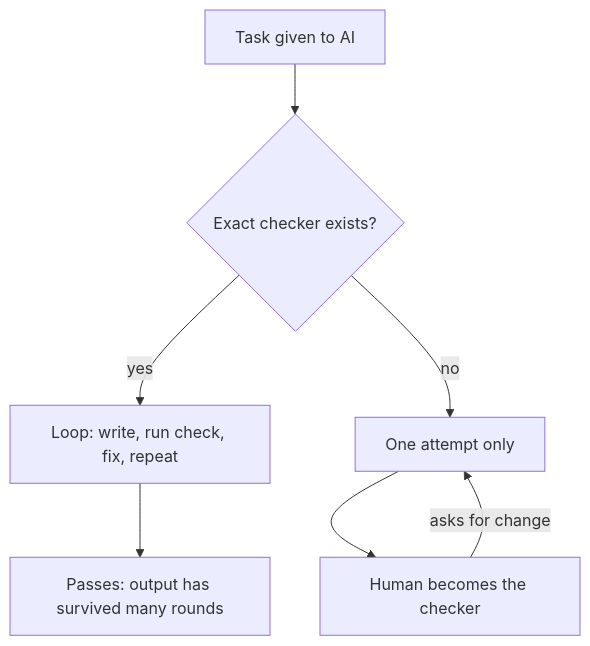
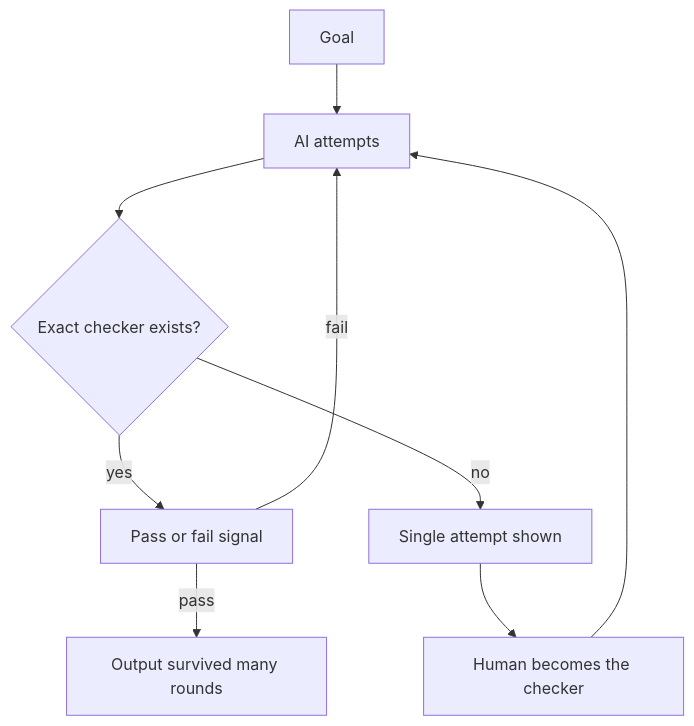
One commit to kaisarnajar/outcome-school-blogs changed the diagram in notes/step-11-agentic-engineering-and-agent-frameworks/141-ai-is-only-as-good-as-our-definition-of-done.md. Above: the diagram before and after it, drawn with Mermaid. The commit also changed other lines of this file and 233 other files, not shown here.

````diff
--- a/notes/step-11-agentic-engineering-and-agent-frameworks/141-ai-is-only-as-good-as-our-definition-of-done.md
+++ b/notes/step-11-agentic-engineering-and-agent-frameworks/141-ai-is-only-as-good-as-our-definition-of-done.md
@@ -32,9 +28,11 @@
 ```mermaid
 flowchart TD
-    T["Task given to AI"] --> Q{"Exact checker exists?"}
-    Q -->|"yes"| L["Loop: write, run check, fix, repeat"]
-    L --> P["Passes: output has survived many rounds"]
-    Q -->|"no"| O["One attempt only"]
-    O --> H["Human becomes the checker"]
-    H -->|"asks for change"| O
+    G["Goal"] --> TRY["AI attempts"]
+    TRY --> CK{"Exact checker exists?"}
+    CK -->|"yes"| R["Pass or fail signal"]
+    R -->|"fail"| TRY
+    R -->|"pass"| OUT["Output survived many rounds"]
+    CK -->|"no"| ONE["Single attempt shown"]
+    ONE --> HUM["Human becomes the checker"]
+    HUM --> TRY
 ```
````
